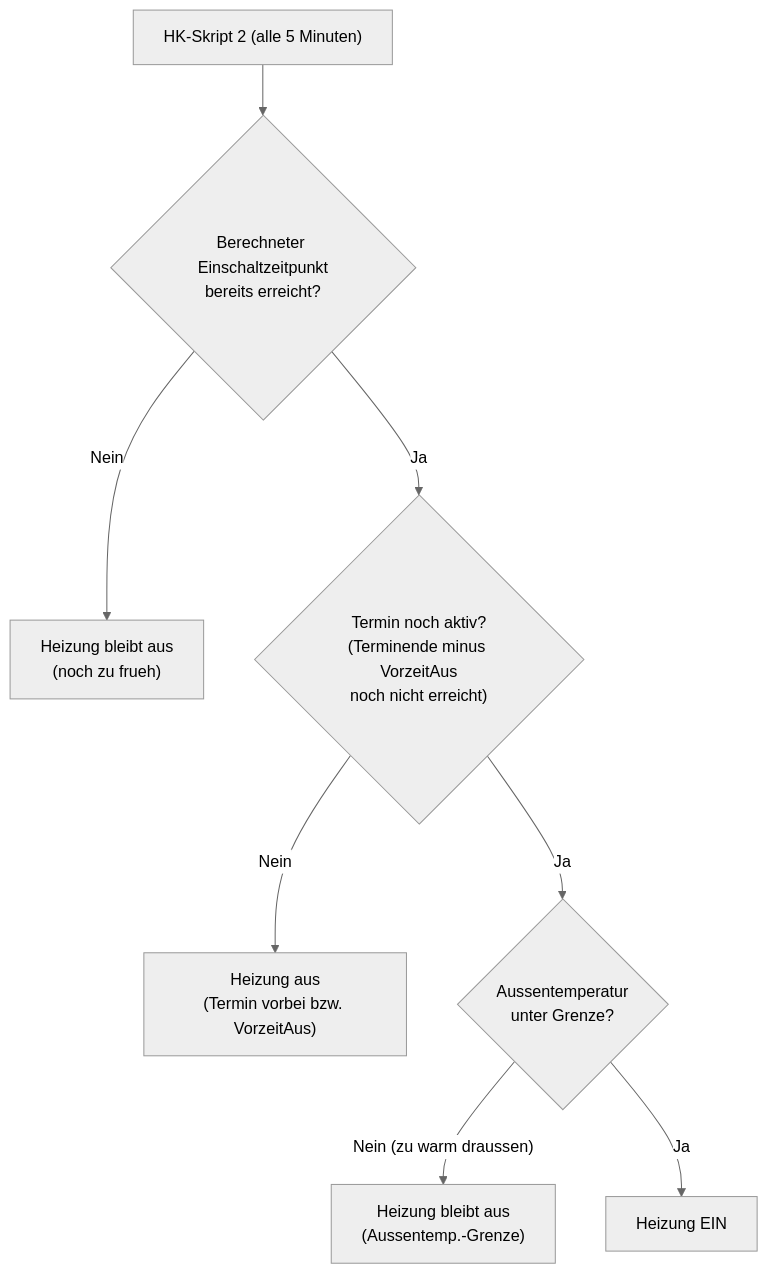
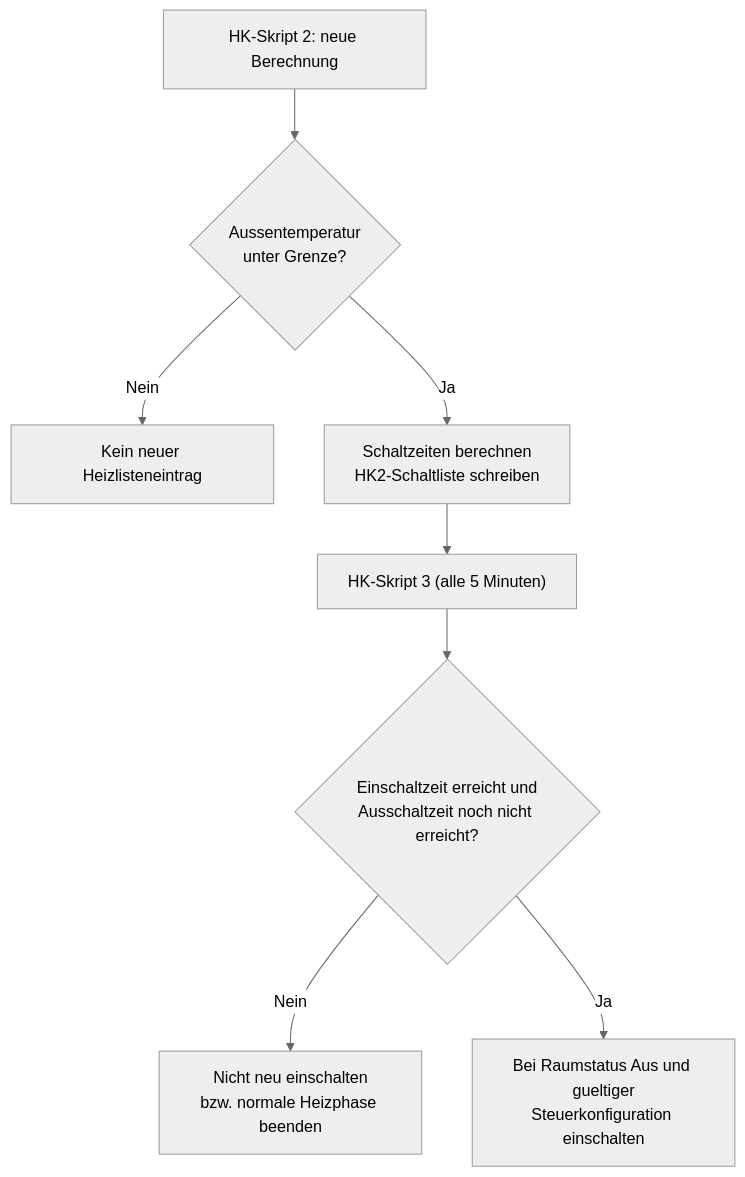
The second of 2 diagrams in docs/heizkalender/anwenderhandbuch.md (xMRi/Homematic-Heizungskalender), drawn with Mermaid (neutral theme) before and after one commit. The commit also changed other lines of this file and 6 other files, not shown here.

````diff
--- a/docs/heizkalender/anwenderhandbuch.md
+++ b/docs/heizkalender/anwenderhandbuch.md
@@ -351,10 +352,10 @@
 ```mermaid
 flowchart TD
-    Start["HK-Skript 2 (alle 5 Minuten)"] --> P1{"Berechneter Einschaltzeitpunkt<br/>bereits erreicht?"}
-    P1 -->|"Nein"| Aus["Heizung bleibt aus<br/>(noch zu frueh)"]
-    P1 -->|"Ja"| P2{"Termin noch aktiv?<br/>(Terminende minus VorzeitAus<br/>noch nicht erreicht)"}
-    P2 -->|"Nein"| Aus2["Heizung aus<br/>(Termin vorbei bzw. VorzeitAus)"]
-    P2 -->|"Ja"| P3{"Aussentemperatur<br/>unter Grenze?"}
-    P3 -->|"Nein (zu warm draussen)"| Aus3["Heizung bleibt aus<br/>(Aussentemp.-Grenze)"]
-    P3 -->|"Ja"| Ein["Heizung EIN"]
+    Start["HK-Skript 2: neue Berechnung"] --> AT{"Aussentemperatur<br/>unter Grenze?"}
+    AT -->|"Nein"| KeinEintrag["Kein neuer Heizlisteneintrag"]
+    AT -->|"Ja"| Liste["Schaltzeiten berechnen<br/>HK2-Schaltliste schreiben"]
+    Liste --> S3["HK-Skript 3 (alle 5 Minuten)"]
+    S3 --> Zeit{"Einschaltzeit erreicht und<br/>Ausschaltzeit noch nicht erreicht?"}
+    Zeit -->|"Nein"| Warten["Nicht neu einschalten<br/>bzw. normale Heizphase beenden"]
+    Zeit -->|"Ja"| Ein["Bei Raumstatus Aus und gueltiger<br/>Steuerkonfiguration einschalten"]
 ```
````
